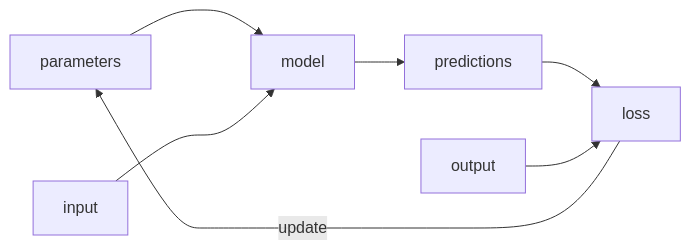
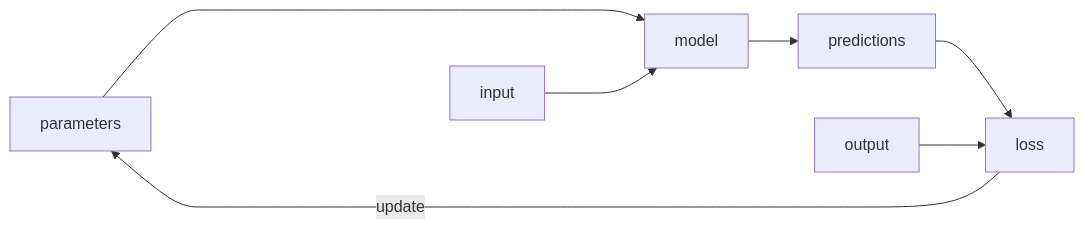
Before and after one commit to nicoladerric/nicoladerric.github.io: the third of 3 diagrams in _posts/2023-08-16-rivoluzione.md, drawn with Mermaid.

````diff
--- a/_posts/2023-08-16-rivoluzione.md
+++ b/_posts/2023-08-16-rivoluzione.md
@@ -31,9 +31,9 @@
 ```mermaid
 flowchart LR;
     parameters --> model;
     input ---> model;
     model --> predictions;
     predictions --> loss;
     output --> loss;
-    loss -----> |update|parameters;
+    loss ----------> |update|parameters;
 ```
````
